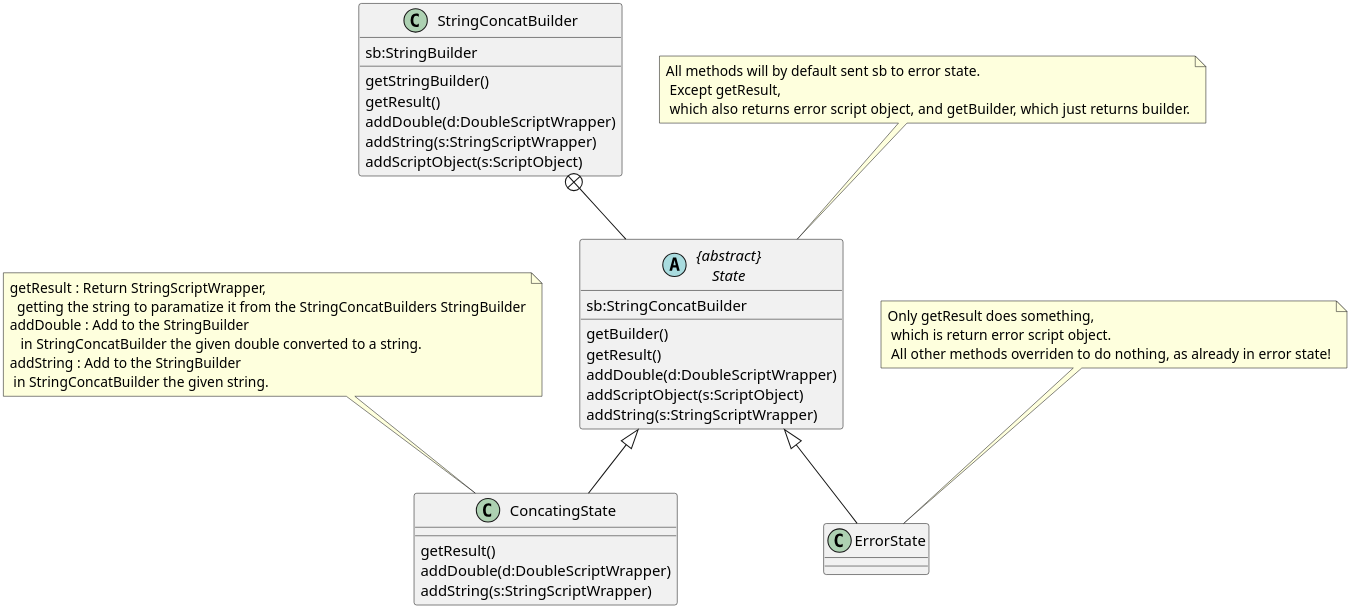
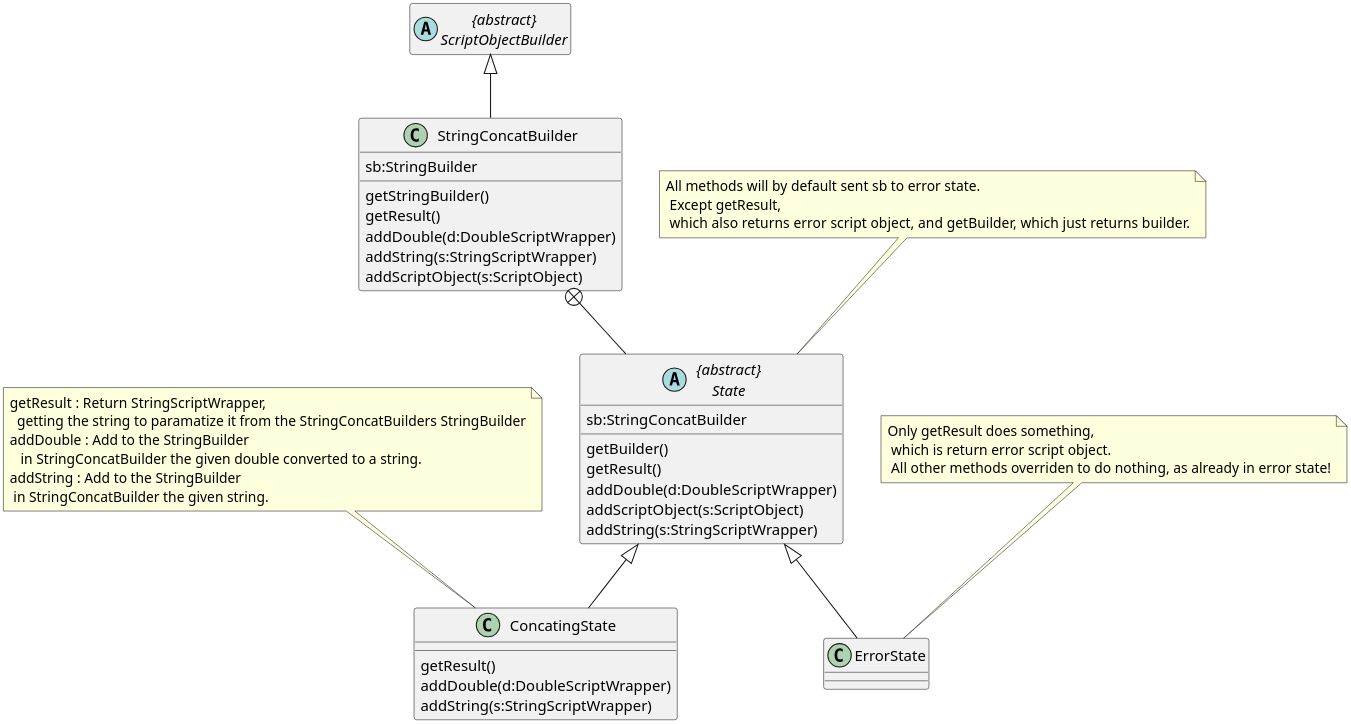
One commit to MatthewBregg/DesignPatternsRepo changed the diagram in Builder/StringConcatBuilder.org. Above: the diagram before and after it, drawn with PlantUML. The commit also changed 51 other files, not shown here.

Commit message:
Made all builder sub umls show the inheritence from ScriptObjectBuilder

```diff
--- a/Builder/StringConcatBuilder.org
+++ b/Builder/StringConcatBuilder.org
@@ -1,45 +1,51 @@
 #+BEGIN_SRC plantuml :file StringConcatBuilder.png
 skinparam dpi 300
+
+abstract class ScriptObjectBuilder as "{abstract}\nScriptObjectBuilder"
+hide ScriptObjectBuilder methods
+hide ScriptObjectBuilder members
 
 class StringConcatBuilder
 StringConcatBuilder : sb:StringBuilder
 StringConcatBuilder : getStringBuilder()
 StringConcatBuilder : getResult()
 StringConcatBuilder : addDouble(d:DoubleScriptWrapper)
 StringConcatBuilder : addString(s:StringScriptWrapper)
 StringConcatBuilder : addScriptObject(s:ScriptObject)
+
+ScriptObjectBuilder <|-- StringConcatBuilder
 
 abstract class State as "{abstract}\nState"
 State : sb:StringConcatBuilder
 State : getBuilder()
 State : getResult()
 State : addDouble(d:DoubleScriptWrapper)
 State : addScriptObject(s:ScriptObject)
 State : addString(s:StringScriptWrapper)
 
 note top : All methods will by default sent sb to error state. \n Except getResult, \n which also returns error script object, and getBuilder, which just returns builder.
 
 class ConcatingState
 ConcatingState : getResult()
 ConcatingState : addDouble(d:DoubleScriptWrapper)
 ConcatingState : addString(s:StringScriptWrapper)
 
 note top of ConcatingState 
   getResult : Return StringScriptWrapper, 
     getting the string to paramatize it from the StringConcatBuilders StringBuilder
   addDouble : Add to the StringBuilder
      in StringConcatBuilder the given double converted to a string.
   addString : Add to the StringBuilder
    in StringConcatBuilder the given string.
 end note
 
 
 class ErrorState
 
 note top : Only getResult does something, \n which is return error script object. \n All other methods overriden to do nothing, as already in error state!
 
 
 StringConcatBuilder +-- State
 State <|-- ConcatingState
 State <|-- ErrorState
 #+END_SRC
```
